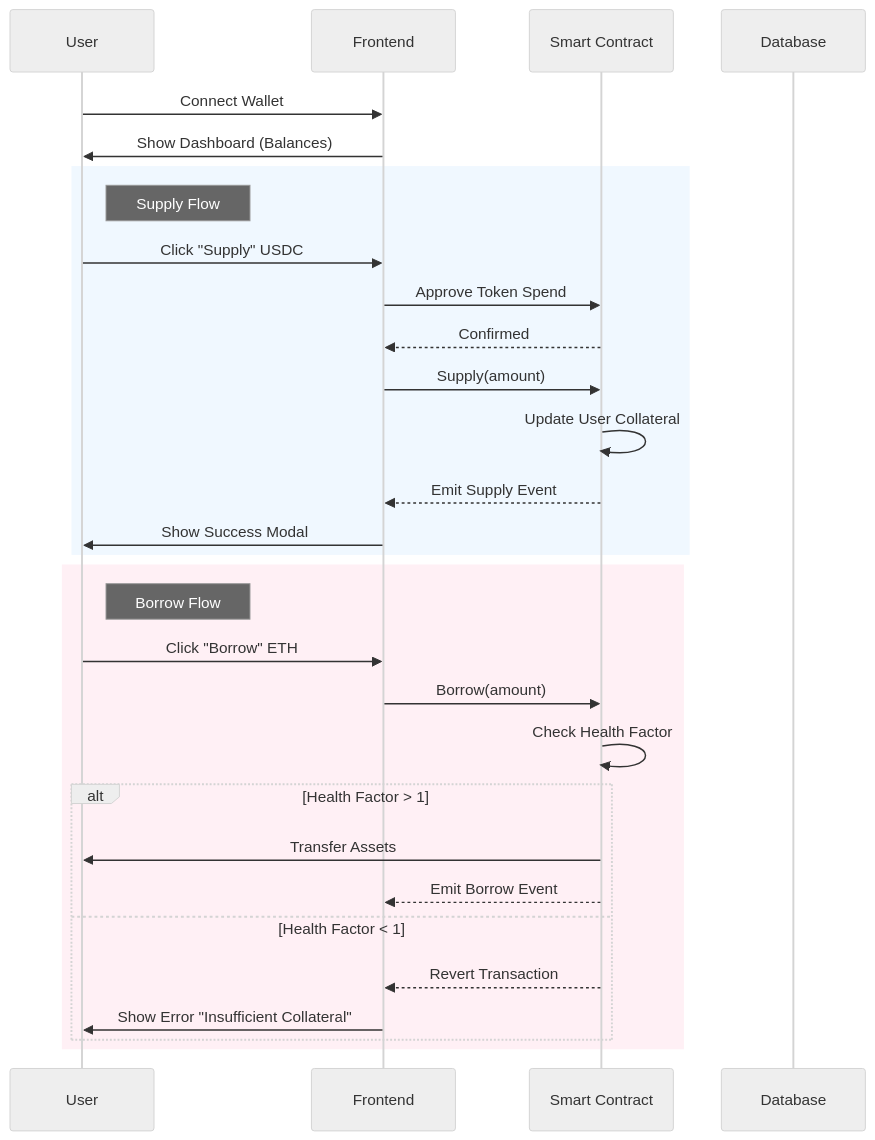
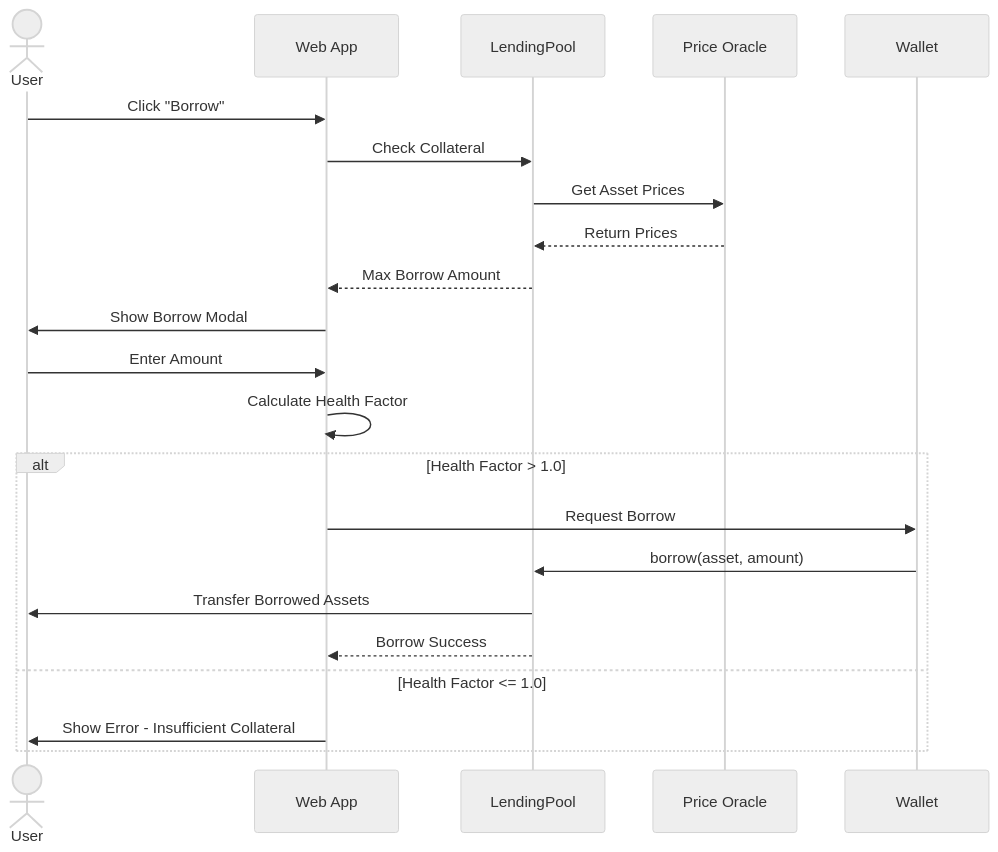
Before and after one commit to oalexandrebelo/dApp_AB: the third of 12 diagrams in docs/FLOWCHART.md, drawn with Mermaid (neutral theme). The commit also changed other lines of this file and 3 other files, not shown here.

First line of the commit message:
docs: update PRD and FLOWCHART with Phase 1 complete status

````diff
--- a/docs/FLOWCHART.md
+++ b/docs/FLOWCHART.md
@@ -37,35 +125,25 @@
 ```mermaid
 sequenceDiagram
-    participant U as User
-    participant FE as Frontend
-    participant SC as Smart Contract
-    participant DB as Database
+    actor User
+    participant UI as Web App
+    participant Pool as LendingPool
+    participant Oracle as Price Oracle
+    participant Wallet
 
-    U->>FE: Connect Wallet
-    FE->>U: Show Dashboard (Balances)
-    
-    rect rgb(240, 248, 255)
-        note right of U: Supply Flow
-        U->>FE: Click "Supply" USDC
-        FE->>SC: Approve Token Spend
-        SC-->>FE: Confirmed
-        FE->>SC: Supply(amount)
-        SC->>SC: Update User Collateral
-        SC-->>FE: Emit Supply Event
-        FE->>U: Show Success Modal
-    end
-
-    rect rgb(255, 240, 245)
-        note right of U: Borrow Flow
-        U->>FE: Click "Borrow" ETH
-        FE->>SC: Borrow(amount)
-        SC->>SC: Check Health Factor
-        alt Health Factor > 1
-            SC->>U: Transfer Assets
-            SC-->>FE: Emit Borrow Event
-        else Health Factor < 1
-            SC-->>FE: Revert Transaction
-            FE->>U: Show Error "Insufficient Collateral"
-        end
+    User->>UI: Click "Borrow"
+    UI->>Pool: Check Collateral
+    Pool->>Oracle: Get Asset Prices
+    Oracle-->>Pool: Return Prices
+    Pool-->>UI: Max Borrow Amount
+    UI->>User: Show Borrow Modal
+    User->>UI: Enter Amount
+    UI->>UI: Calculate Health Factor
+    alt Health Factor > 1.0
+        UI->>Wallet: Request Borrow
+        Wallet->>Pool: borrow(asset, amount)
+        Pool->>User: Transfer Borrowed Assets
+        Pool-->>UI: Borrow Success
+    else Health Factor <= 1.0
+        UI->>User: Show Error - Insufficient Collateral
     end
 ```
````
